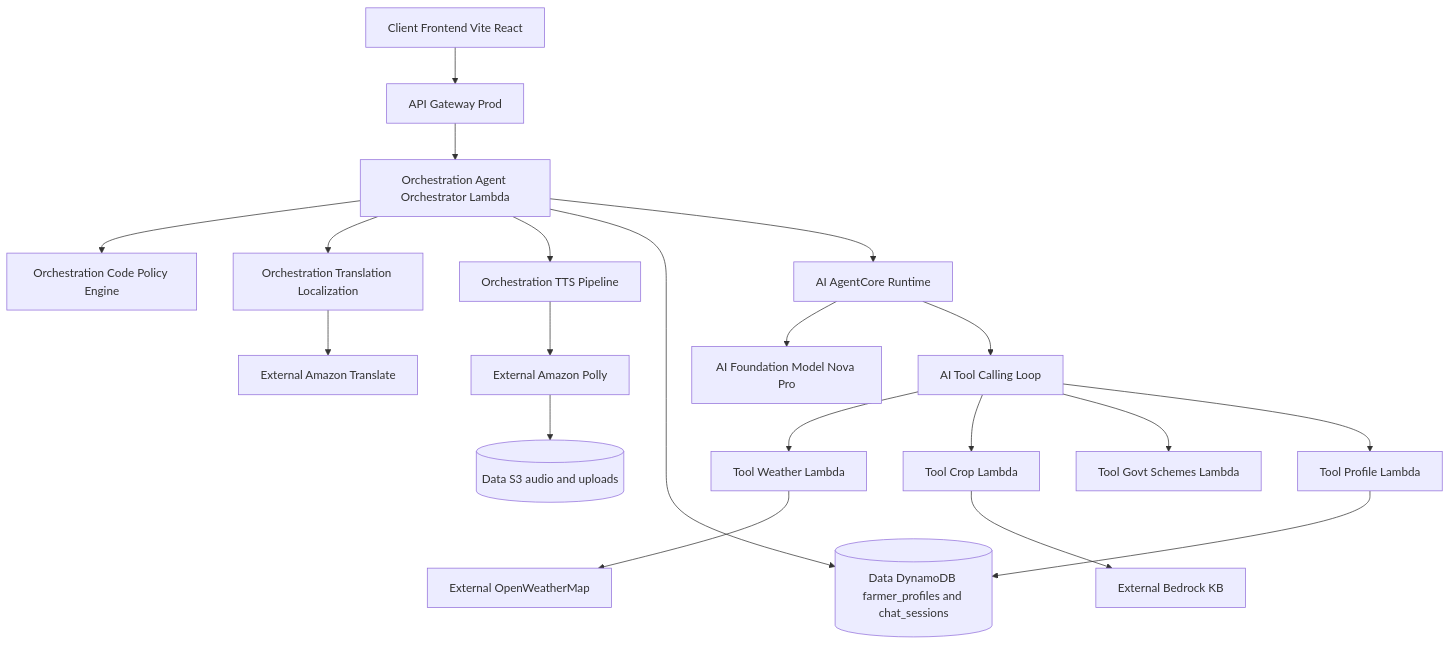
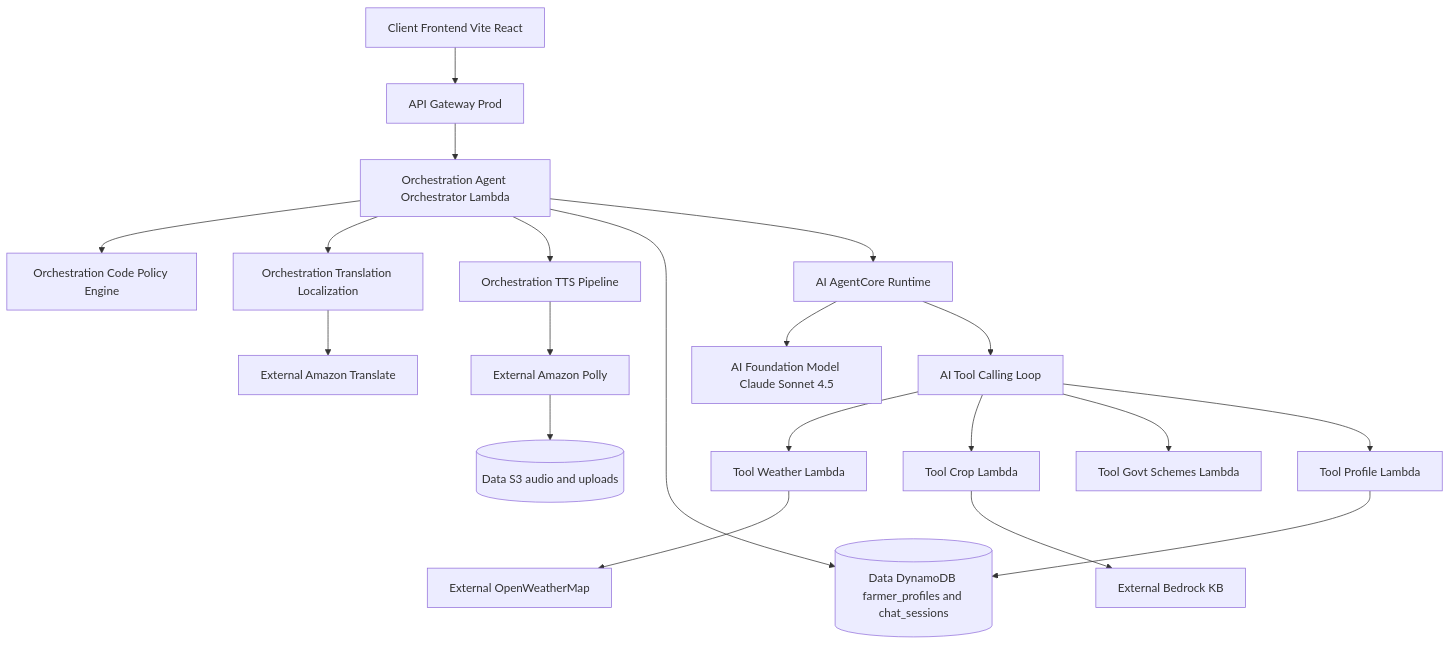
One commit to Manoj-777/smart-rural-ai-advisor changed the second of 9 diagrams in docs/COMPLETE_SYSTEM_GUIDE.md. Above: the diagram before and after it, drawn with Mermaid. The commit also changed other lines of this file and 32 other files, not shown here.

First line of the commit message:
feat: gTTS integration, STT multi-language support, model standardization to Claude Sonnet 4.5

````diff
--- a/docs/COMPLETE_SYSTEM_GUIDE.md
+++ b/docs/COMPLETE_SYSTEM_GUIDE.md
@@ -135,39 +136,39 @@
 ```mermaid
 flowchart TB
   FE[Client Frontend Vite React]
   GW[API Gateway Prod]
 
   ORCH[Orchestration Agent Orchestrator Lambda]
   POLICY[Orchestration Code Policy Engine]
   I18N[Orchestration Translation Localization]
   AUDIO[Orchestration TTS Pipeline]
 
   ACR[AI AgentCore Runtime]
-  FM[AI Foundation Model Nova Pro]
+  FM[AI Foundation Model Claude Sonnet 4.5]
   TOOL_LOOP[AI Tool Calling Loop]
 
   WL[Tool Weather Lambda]
   CL[Tool Crop Lambda]
   GL[Tool Govt Schemes Lambda]
   PL[Tool Profile Lambda]
 
   DDB[(Data DynamoDB farmer_profiles and chat_sessions)]
   S3[(Data S3 audio and uploads)]
   TR[External Amazon Translate]
   PO[External Amazon Polly]
   KBS[External Bedrock KB]
   OWM[External OpenWeatherMap]
 
   FE --> GW --> ORCH
   ORCH --> POLICY
   ORCH --> I18N --> TR
   ORCH --> AUDIO --> PO --> S3
   ORCH --> DDB
 
   ORCH --> ACR --> FM
   ACR --> TOOL_LOOP
   TOOL_LOOP --> WL --> OWM
   TOOL_LOOP --> CL --> KBS
   TOOL_LOOP --> GL
   TOOL_LOOP --> PL --> DDB
 ```
````
